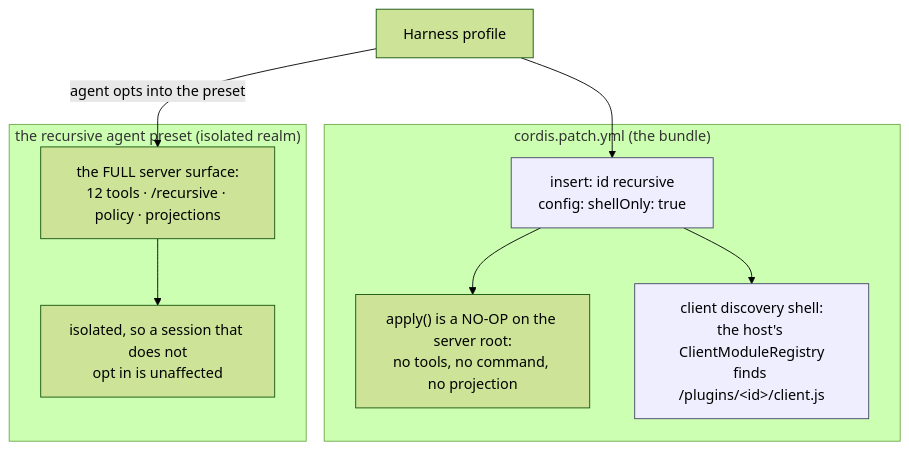
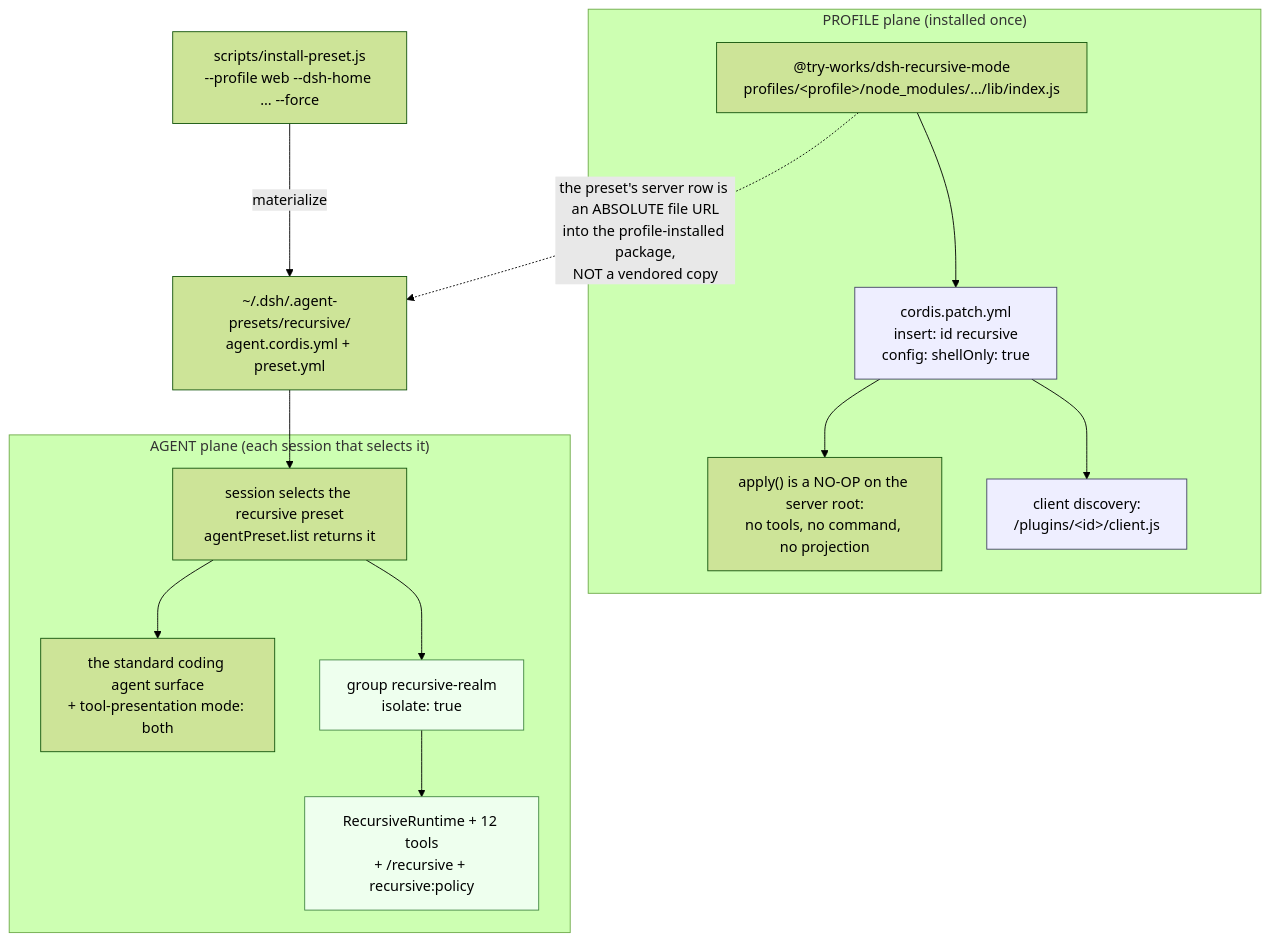
One commit to try-works/dsh-recursive-mode changed the ninth of 9 diagrams in README.md. Above: the diagram before and after it, drawn with Mermaid (forest theme). The commit also changed other lines of this file, not shown here.

````diff
--- a/README.md
+++ b/README.md
@@ -688,22 +694,32 @@
 ```mermaid
 flowchart TB
-    subgraph bundle["cordis.patch.yml (the bundle)"]
-        SHELL["insert: id recursive<br/>config: shellOnly: true"]
+    subgraph profilePlane["PROFILE plane (installed once)"]
+        PKG["@try-works/dsh-recursive-mode<br/>profiles/&lt;profile&gt;/node_modules/…/lib/index.js"]
+        SHELL["cordis.patch.yml<br/>insert: id recursive<br/>config: shellOnly: true"]
         NOOP["apply() is a NO-OP on the server root:<br/>no tools, no command, no projection"]
-        CLIENT["client discovery shell:<br/>the host's ClientModuleRegistry<br/>finds /plugins/&lt;id&gt;/client.js"]
+        CLIENT["client discovery:<br/>/plugins/&lt;id&gt;/client.js"]
+        PKG --> SHELL --> NOOP
+        SHELL --> CLIENT
     end
 
-    subgraph preset["the recursive agent preset (isolated realm)"]
-        FULL["the FULL server surface:<br/>12 tools · /recursive · policy · projections"]
-        ISO["isolated, so a session that does not<br/>opt in is unaffected"]
+    INSTALL["scripts/install-preset.js<br/>--profile web --dsh-home … --force"]
+    HOME["~/.dsh/.agent-presets/recursive/<br/>agent.cordis.yml + preset.yml"]
+    INSTALL -->|"materialize"| HOME
+    PKG -.->|"the preset's server row is an ABSOLUTE file URL<br/>into the profile-installed package,<br/>NOT a vendored copy"| HOME
+
+    subgraph agentPlane["AGENT plane (each session that selects it)"]
+        SEL["session selects the recursive preset<br/>agentPreset.list returns it"]
+        STD["the standard coding agent surface<br/>+ tool-presentation mode: both"]
+        REALM["group recursive-realm<br/>isolate: true"]
+        SURF["RecursiveRuntime + 12 tools<br/>+ /recursive + recursive:policy"]
+        SEL --> STD
+        SEL --> REALM --> SURF
     end
 
-    HOST["Harness profile"] --> SHELL
-    SHELL --> NOOP
-    SHELL --> CLIENT
-    HOST -->|"agent opts into the preset"| FULL
-    FULL --> ISO
+    HOME --> SEL
 
     classDef shell fill:#eef,stroke:#446
     class SHELL,CLIENT shell
+    classDef isolated fill:#efe,stroke:#484
+    class REALM,SURF isolated
 ```
````
